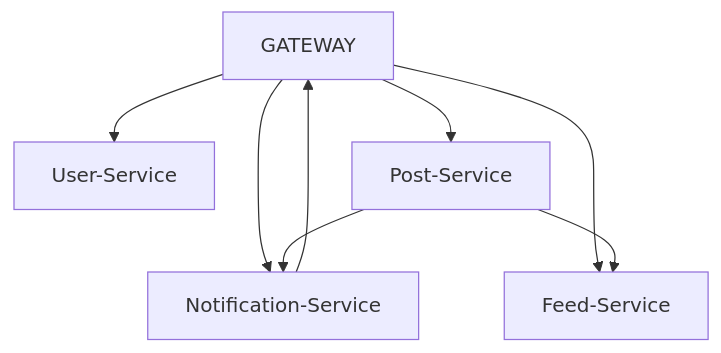
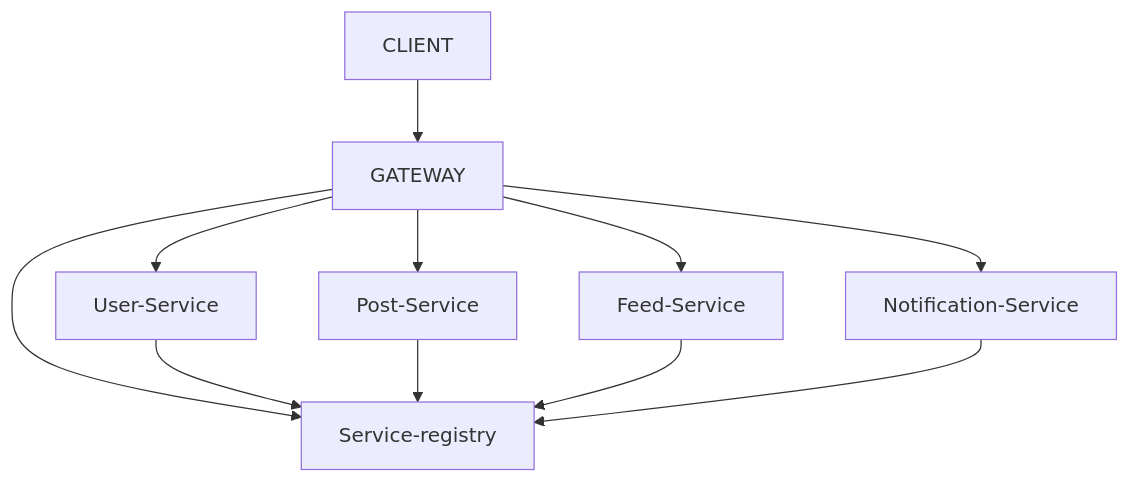
The diagram in README.md (evans-p/momento), drawn with Mermaid before and after one commit.

````diff
--- a/README.md
+++ b/README.md
@@ -162,11 +162,14 @@
 ```mermaid
-graph TD
-;
-    GATEWAY --> User-Service;
-    GATEWAY --> Post-Service;
-    GATEWAY --> Feed-Service;
-    GATEWAY --> Notification-Service;
-    Notification-Service --> GATEWAY;
-    Post-Service --> Notification-Service;
-    Post-Service --> Feed-Service;
+graph TD;
+    
+CLIENT --> GATEWAY
+GATEWAY --> User-Service;
+GATEWAY --> Post-Service;
+GATEWAY --> Feed-Service;
+GATEWAY --> Notification-Service;
+GATEWAY --> Service-registry;
+User-Service --> Service-registry;
+Post-Service --> Service-registry;
+Feed-Service --> Service-registry;
+Notification-Service --> Service-registry;
 ```
````
